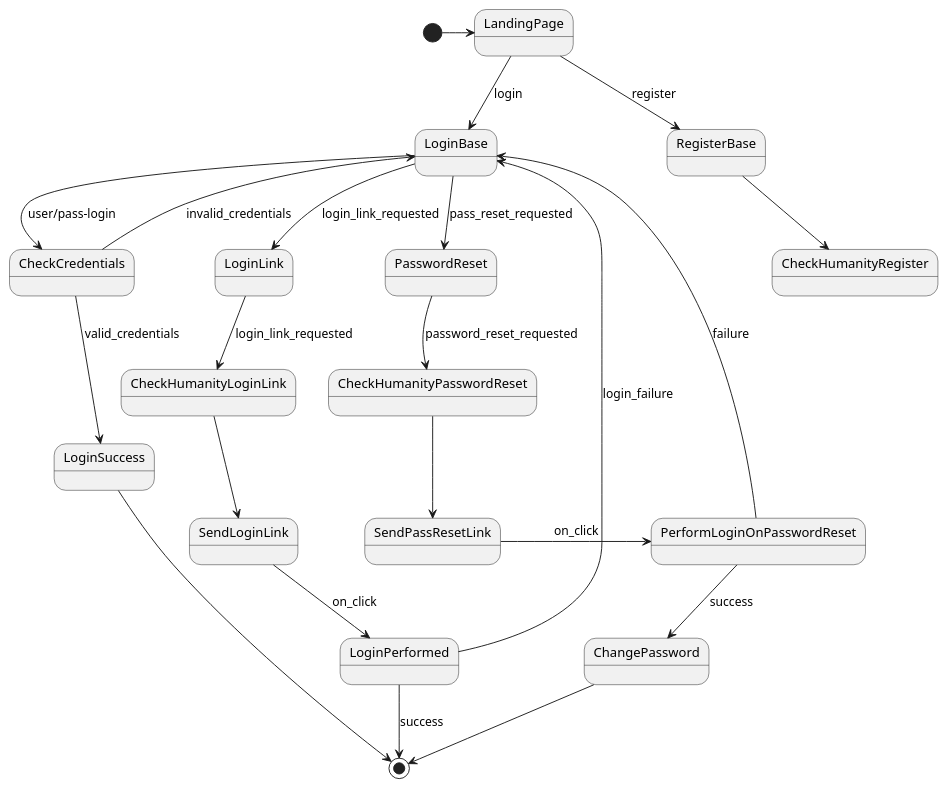
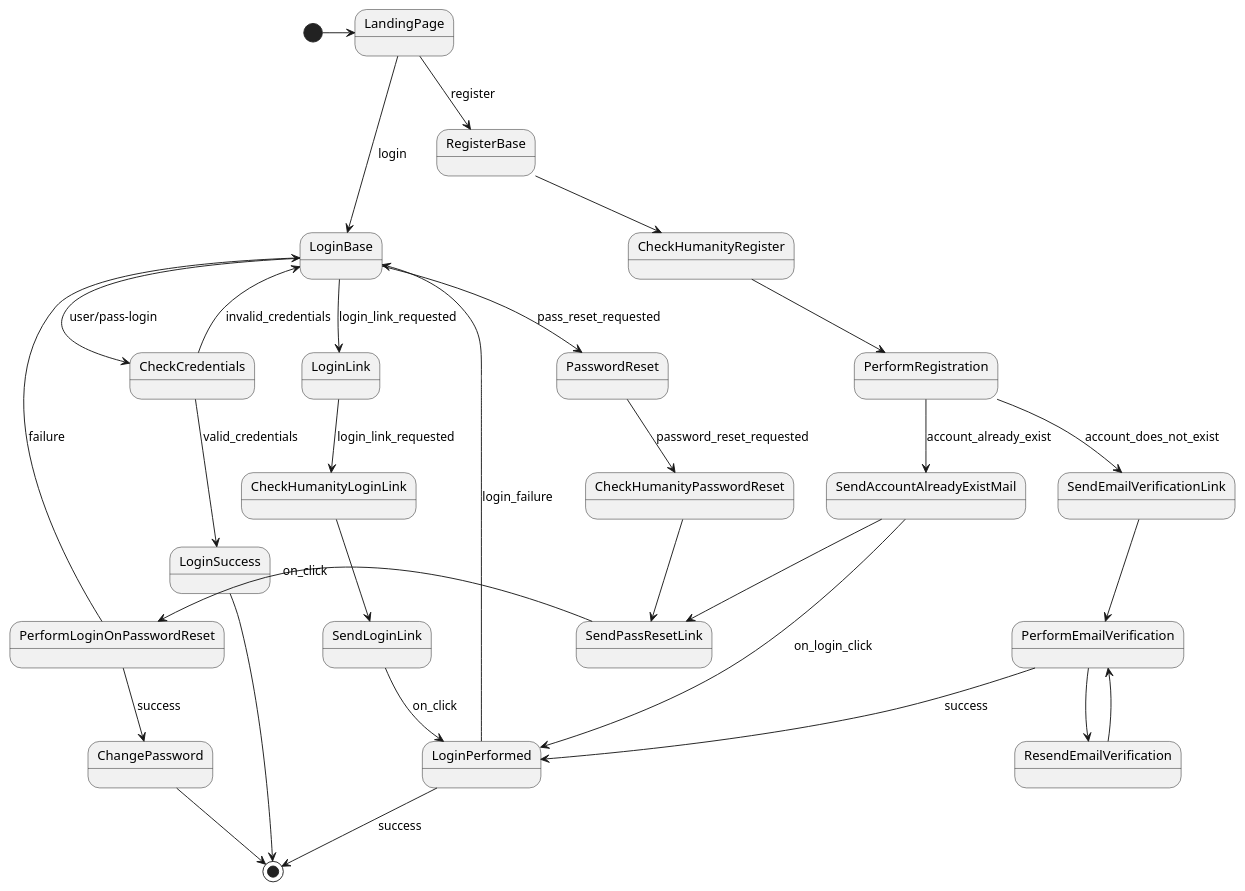
The diagram in src/main/jbake/content/documentation/dancer/src/04_solution_strategy.adoc (dancier/documentation), drawn with PlantUML before and after one commit.

Commit message:
register flow

```diff
--- a/src/main/jbake/content/documentation/dancer/src/04_solution_strategy.adoc
+++ b/src/main/jbake/content/documentation/dancer/src/04_solution_strategy.adoc
@@ -6,32 +6,44 @@
 [plantuml, login-registration-states, svg]
 ....
 @startuml
     [*] -> LandingPage
     LandingPage --> LoginBase: login
     LandingPage --> RegisterBase: register
     RegisterBase --> CheckHumanityRegister
 
     LoginBase --> CheckCredentials: user/pass-login
     LoginBase --> LoginLink: login_link_requested
     LoginBase --> PasswordReset: pass_reset_requested
 
     CheckCredentials --> LoginSuccess: valid_credentials
     LoginSuccess --> [*]
     CheckCredentials --> LoginBase: invalid_credentials
 
     LoginLink --> CheckHumanityLoginLink: login_link_requested
     PasswordReset --> CheckHumanityPasswordReset: password_reset_requested
 
     CheckHumanityLoginLink --> SendLoginLink
     SendLoginLink --> LoginPerformed: on_click
     LoginPerformed --> [*] : success
     LoginPerformed --> LoginBase: login_failure
 
     CheckHumanityPasswordReset --> SendPassResetLink
     SendPassResetLink -> PerformLoginOnPasswordReset: on_click
 
     PerformLoginOnPasswordReset --> ChangePassword: success
     PerformLoginOnPasswordReset --> LoginBase: failure
     ChangePassword --> [*]
+
+    CheckHumanityRegister --> PerformRegistration
+    PerformRegistration --> SendEmailVerificationLink: account_does_not_exist
+    PerformRegistration --> SendAccountAlreadyExistMail: account_already_exist
+    SendAccountAlreadyExistMail --> LoginPerformed: on_login_click
+    SendAccountAlreadyExistMail --> SendPassResetLink
+
+
+    SendEmailVerificationLink --> PerformEmailVerification
+    PerformEmailVerification --> LoginPerformed: success
+    PerformEmailVerification --> ResendEmailVerification
+    ResendEmailVerification --> PerformEmailVerification
 @enduml
 ....
```
